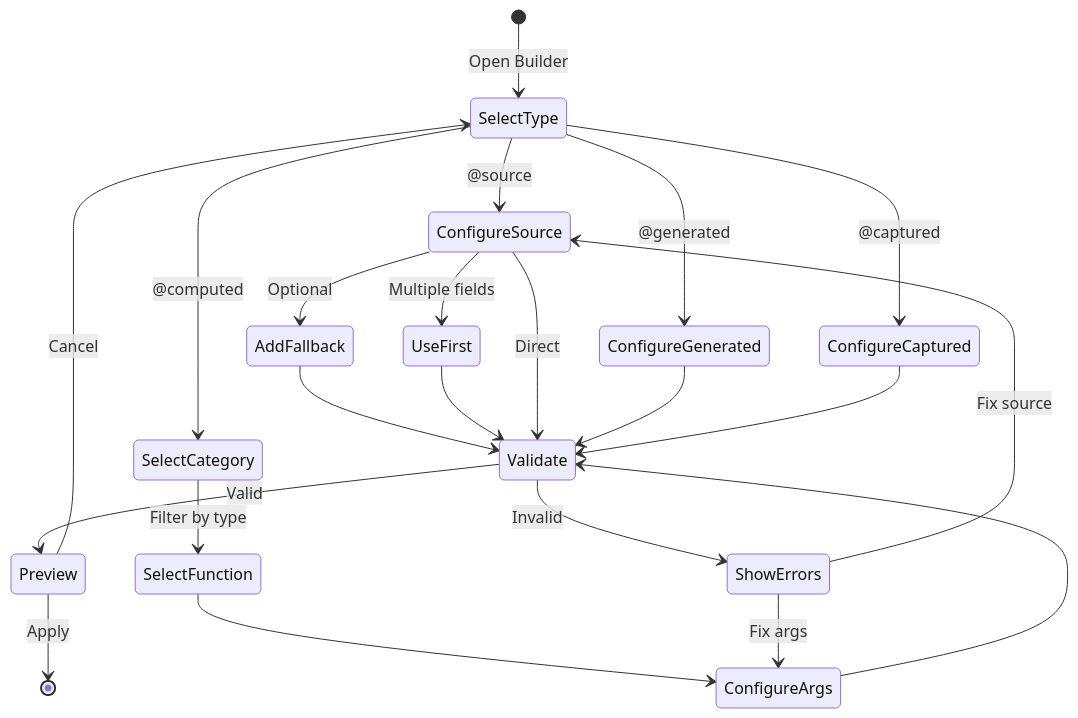
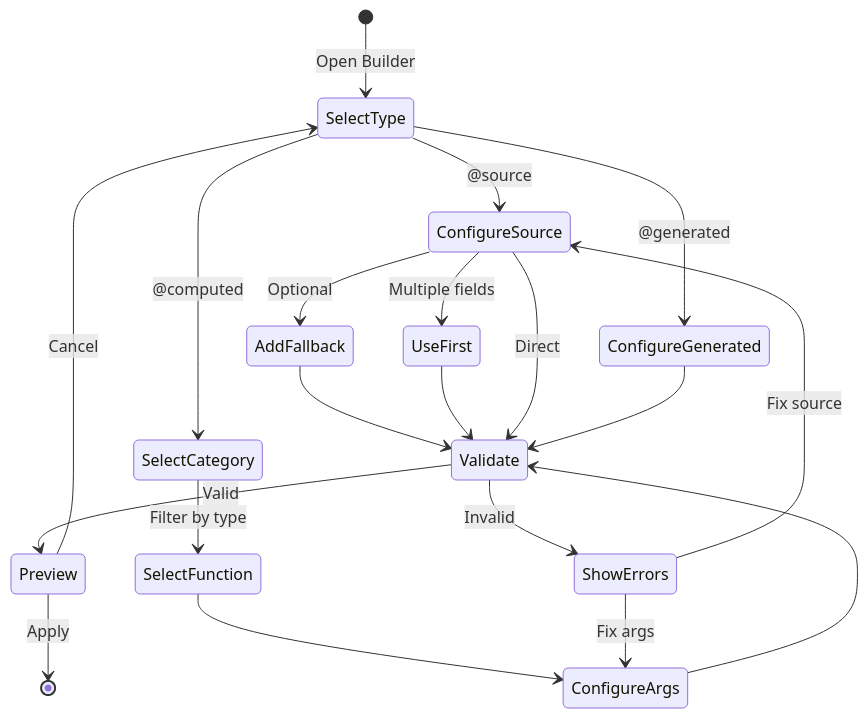
The fifth of 7 diagrams in docs/clickhouse/DDL-DIRECTIVES.md (hyperi-io/dfe-loader), drawn with Mermaid before and after one commit. The commit also changed other lines of this file and 3 other files, not shown here.

````diff
--- a/docs/clickhouse/DDL-DIRECTIVES.md
+++ b/docs/clickhouse/DDL-DIRECTIVES.md
@@ -1716,30 +1685,28 @@
 ```mermaid
 stateDiagram-v2
     [*] --> SelectType: Open Builder
 
     SelectType --> ConfigureSource: @source
     SelectType --> SelectCategory: @computed
     SelectType --> ConfigureGenerated: @generated
-    SelectType --> ConfigureCaptured: @captured
 
     ConfigureSource --> AddFallback: Optional
     ConfigureSource --> UseFirst: Multiple fields
     AddFallback --> Validate
     UseFirst --> Validate
     ConfigureSource --> Validate: Direct
 
     SelectCategory --> SelectFunction: Filter by type
     SelectFunction --> ConfigureArgs
     ConfigureArgs --> Validate
 
     ConfigureGenerated --> Validate
-    ConfigureCaptured --> Validate
 
     Validate --> Preview: Valid
     Validate --> ShowErrors: Invalid
     ShowErrors --> ConfigureSource: Fix source
     ShowErrors --> ConfigureArgs: Fix args
 
     Preview --> [*]: Apply
     Preview --> SelectType: Cancel
 ```
````
